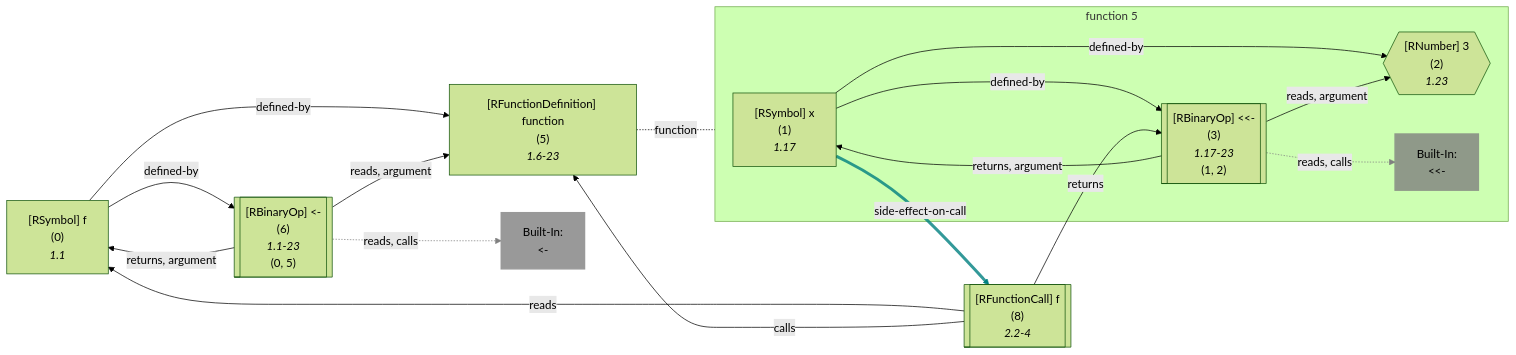
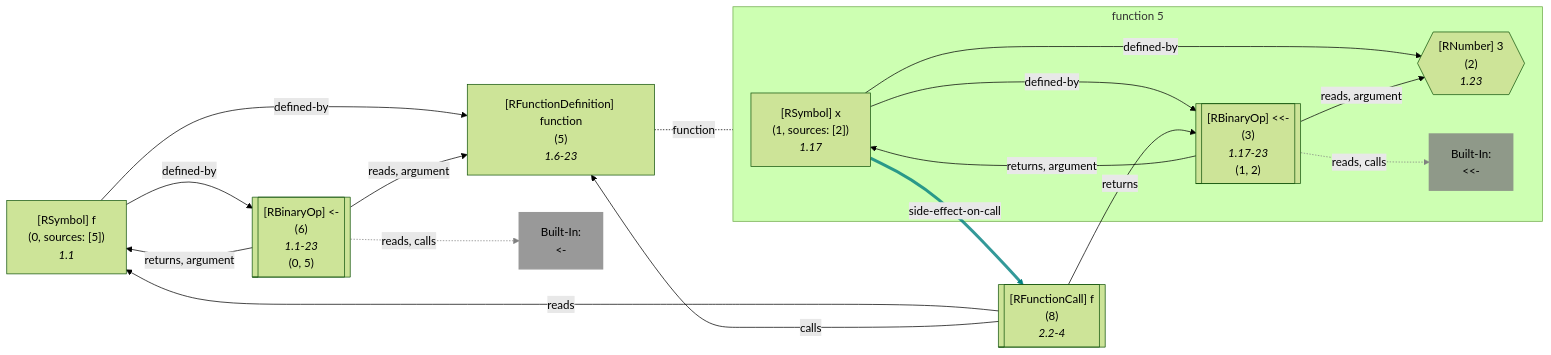
Diagram 21 of 58 in wiki/Dataflow Graph.md (flowr-analysis/flowr), drawn with Mermaid (forest theme) before and after one commit. The commit also changed other lines of this file and 90 other files, not shown here.

````diff
--- a/wiki/Dataflow Graph.md
+++ b/wiki/Dataflow Graph.md
@@ -2636,64 +2638,64 @@
 ```mermaid
 flowchart LR
     %% Environment of 5 [level: 0]:
     %% Built-in
-    %% 2921----------------------------------------
+    %% 2877----------------------------------------
     %%   x: {**x** (id: 1, type: Variable, def. @3)}
     5["`#91;RFunctionDefinition#93; function
       (5)
       *1.6-23*`"]
 
 subgraph "flow-5" [function 5]
     2{{"`#91;RNumber#93; 3
       (2)
       *1.23*`"}}
    %% No edges found for 2
     1["`#91;RSymbol#93; x
-      (1)
+      (1, sources: [2])
       *1.17*`"]
     3[["`#91;RBinaryOp#93; #60;#60;#45;
       (3)
       *1.17-23*
     (1, 2)`"]]
     built-in:__-["`Built-In:
 #60;#60;#45;`"]
     style built-in:__- stroke:gray,fill:gray,stroke-width:2px,opacity:.8;
 end
    %% No edges found for 5
     0["`#91;RSymbol#93; f
-      (0)
+      (0, sources: [5])
       *1.1*`"]
     6[["`#91;RBinaryOp#93; #60;#45;
       (6)
       *1.1-23*
     (0, 5)`"]]
     built-in:_-["`Built-In:
 #60;#45;`"]
     style built-in:_- stroke:gray,fill:gray,stroke-width:2px,opacity:.8;
     %% Environment of 8 [level: 0]:
     %% Built-in
-    %% 2928----------------------------------------
+    %% 2884----------------------------------------
     %%   f: {**f** (id: 0, type: Function, def. @6)}
     8[["`#91;RFunctionCall#93; f
       (8)
       *2.2-4*`"]]
     1 -->|"defined-by"| 2
     1 -->|"defined-by"| 3
     1 -->|"side-effect-on-call"| 8
     linkStyle 2 stroke:teal,stroke-width:4.2px,stroke-opacity:.8
     3 -->|"reads, argument"| 2
     3 -->|"returns, argument"| 1
     3 -.->|"reads, calls"| built-in:__-
     linkStyle 5 stroke:gray;
 5 -.-|function| flow-5
 
     0 -->|"defined-by"| 5
     0 -->|"defined-by"| 6
     6 -->|"reads, argument"| 5
     6 -->|"returns, argument"| 0
     6 -.->|"reads, calls"| built-in:_-
     linkStyle 11 stroke:gray;
     8 -->|"reads"| 0
     8 -->|"returns"| 3
     8 -->|"calls"| 5
 ```
````
